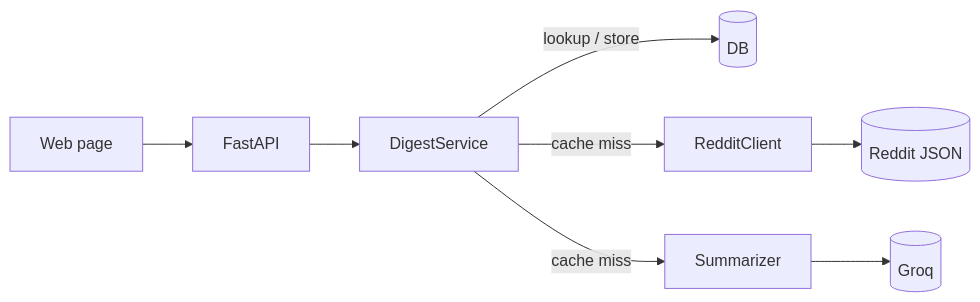
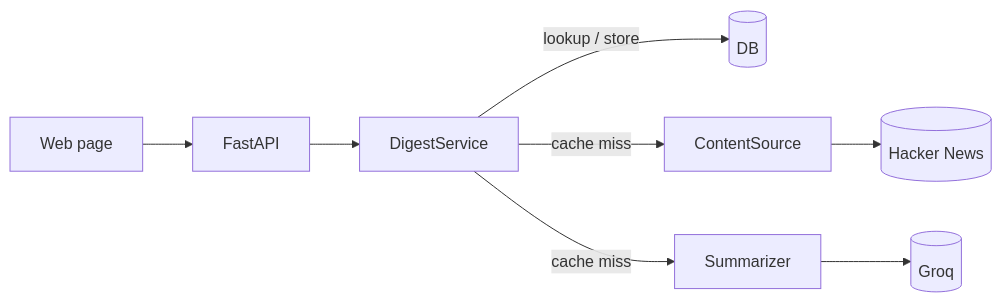
One commit to vizzz40/sintesi-ai changed the diagram in README.md. Above: the diagram before and after it, drawn with Mermaid. The commit also changed other lines of this file, not shown here.

Commit message:
docs: describe the Hacker News source

````diff
--- a/README.md
+++ b/README.md
@@ -11,8 +13,8 @@
 ```mermaid
 flowchart LR
     UI["Web page"] --> API[FastAPI]
     API --> DS[DigestService]
     DS -->|lookup / store| DB[("DB")]
-    DS -->|cache miss| RC[RedditClient] --> Reddit[(Reddit JSON)]
+    DS -->|cache miss| SRC[ContentSource] --> HN[(Hacker News)]
     DS -->|cache miss| SUM[Summarizer] --> Groq[(Groq)]
 ```
````
